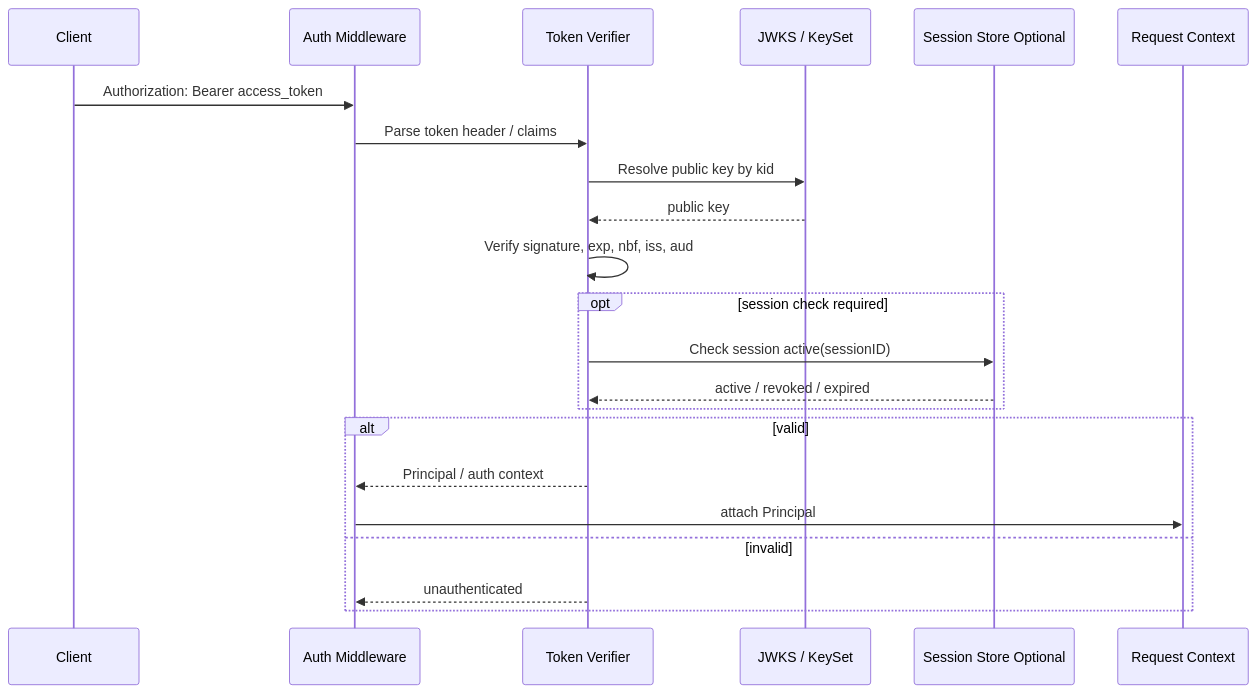
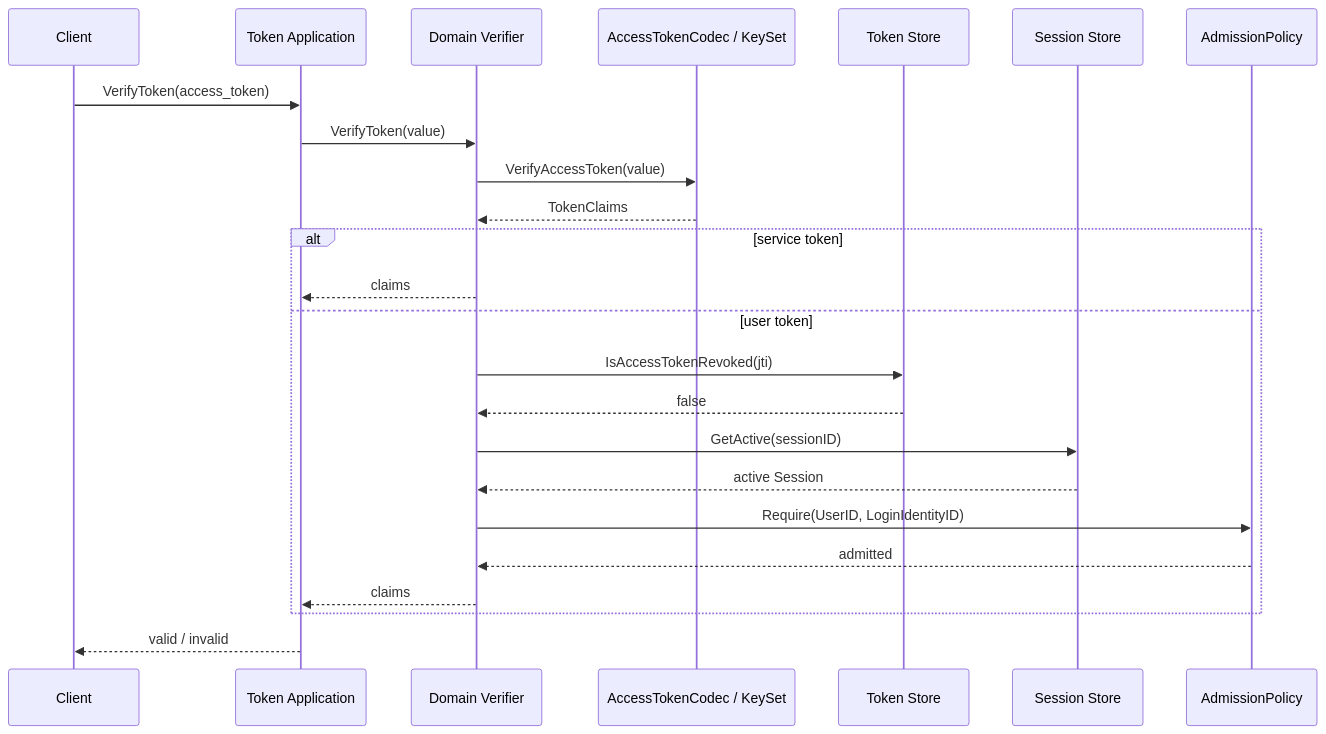
Before and after one commit to FangcunMount/iam: the third of 9 diagrams in docs/02-业务模块/02-AuthN/05-关键链路-Token签发刷新吊销.md, drawn with Mermaid. The commit also changed other lines of this file and 61 other files, not shown here.

````diff
--- a/docs/02-业务模块/02-AuthN/05-关键链路-Token签发刷新吊销.md
+++ b/docs/02-业务模块/02-AuthN/05-关键链路-Token签发刷新吊销.md
@@ -265,25 +286,27 @@
 ```mermaid
 sequenceDiagram
     participant C as Client
-    participant MW as Auth Middleware
-    participant TR as Token Verifier
-    participant JWKS as JWKS / KeySet
-    participant SS as Session Store Optional
-    participant Req as Request Context
+    participant A as Token Application
+    participant V as Domain Verifier
+    participant Codec as AccessTokenCodec / KeySet
+    participant TS as Token Store
+    participant SS as Session Store
+    participant AP as AdmissionPolicy
 
-    C->>MW: Authorization: Bearer access_token
-    MW->>TR: Parse token header / claims
-    TR->>JWKS: Resolve public key by kid
-    JWKS-->>TR: public key
-    TR->>TR: Verify signature, exp, nbf, iss, aud
-    opt session check required
-        TR->>SS: Check session active(sessionID)
-        SS-->>TR: active / revoked / expired
+    C->>A: VerifyToken(access_token)
+    A->>V: VerifyToken(value)
+    V->>Codec: VerifyAccessToken(value)
+    Codec-->>V: TokenClaims
+    alt service token
+        V-->>A: claims
+    else user token
+        V->>TS: IsAccessTokenRevoked(jti)
+        TS-->>V: false
+        V->>SS: GetActive(sessionID)
+        SS-->>V: active Session
+        V->>AP: Require(UserID, LoginIdentityID)
+        AP-->>V: admitted
+        V-->>A: claims
     end
-    alt valid
-        TR-->>MW: Principal / auth context
-        MW->>Req: attach Principal
-    else invalid
-        TR-->>MW: unauthenticated
-    end
+    A-->>C: valid / invalid
 ```
````
